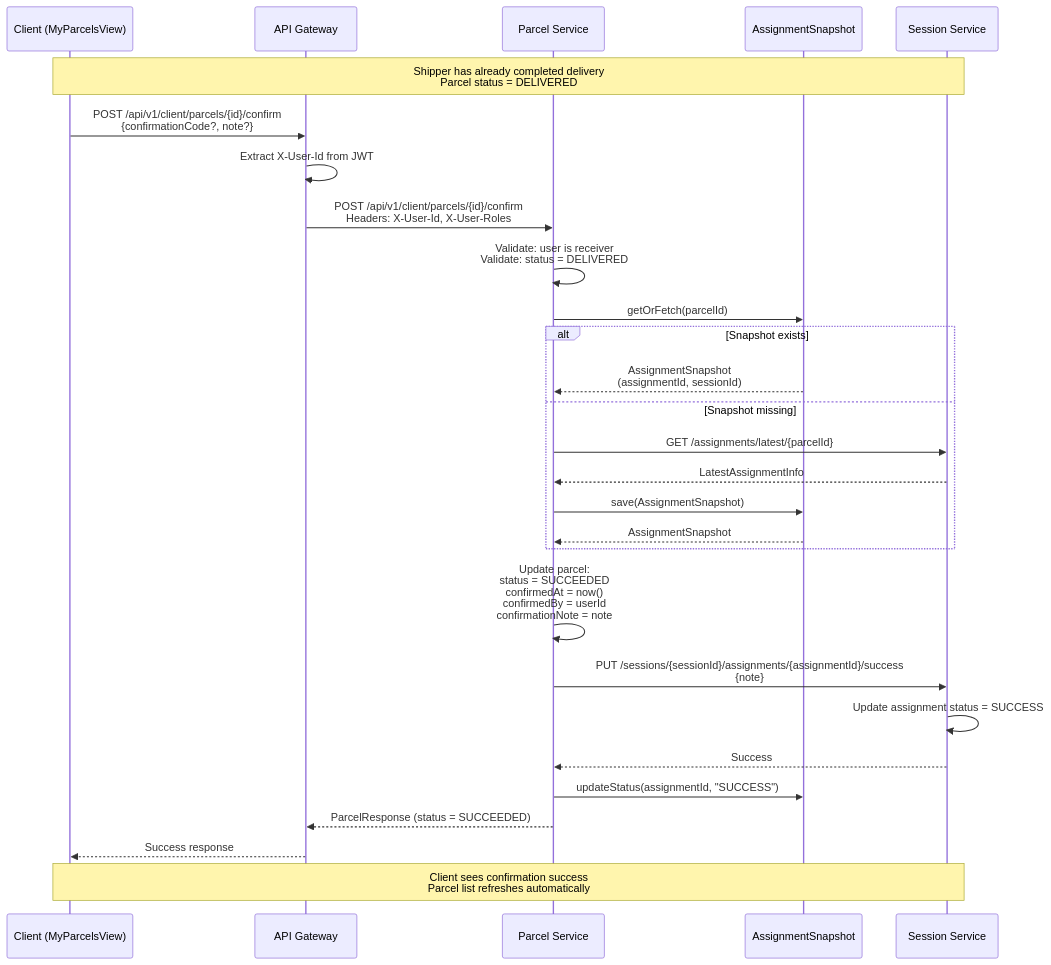
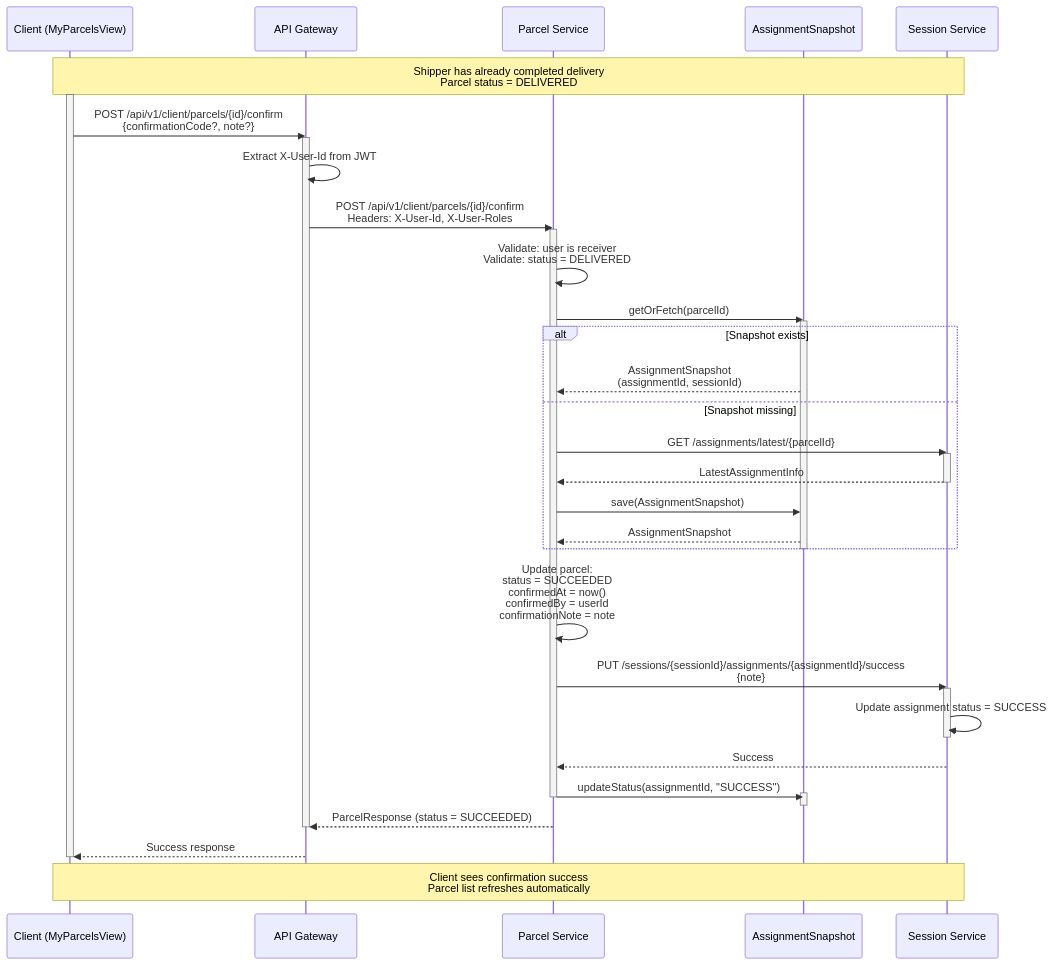
Before and after one commit to hungdev11/Delivery-Coodinating-System-And-Delivery-App: the second of 2 diagrams in reports/features/client/confirm-delivery.md, drawn with Mermaid. The commit also changed 11 other files, not shown here.

Commit message:
add processing bar for sequence diagram

````diff
--- a/reports/features/client/confirm-delivery.md
+++ b/reports/features/client/confirm-delivery.md
@@ -34,39 +34,51 @@
 ```mermaid
 sequenceDiagram
     participant Client as Client (MyParcelsView)
     participant Gateway as API Gateway
     participant ParcelSvc as Parcel Service
     participant Snapshot as AssignmentSnapshot
     participant SessionSvc as Session Service
     
     Note over Client,SessionSvc: Shipper has already completed delivery<br/>Parcel status = DELIVERED
     
+    activate Client
     Client->>Gateway: POST /api/v1/client/parcels/{id}/confirm<br/>{confirmationCode?, note?}
+    activate Gateway
     Gateway->>Gateway: Extract X-User-Id from JWT
     Gateway->>ParcelSvc: POST /api/v1/client/parcels/{id}/confirm<br/>Headers: X-User-Id, X-User-Roles
-    
+    activate ParcelSvc
     ParcelSvc->>ParcelSvc: Validate: user is receiver<br/>Validate: status = DELIVERED
     
     ParcelSvc->>Snapshot: getOrFetch(parcelId)
+    activate Snapshot
     alt Snapshot exists
         Snapshot-->>ParcelSvc: AssignmentSnapshot<br/>(assignmentId, sessionId)
     else Snapshot missing
         ParcelSvc->>SessionSvc: GET /assignments/latest/{parcelId}
+        activate SessionSvc
         SessionSvc-->>ParcelSvc: LatestAssignmentInfo
+        deactivate SessionSvc
         ParcelSvc->>Snapshot: save(AssignmentSnapshot)
         Snapshot-->>ParcelSvc: AssignmentSnapshot
     end
+    deactivate Snapshot
     
     ParcelSvc->>ParcelSvc: Update parcel:<br/>status = SUCCEEDED<br/>confirmedAt = now()<br/>confirmedBy = userId<br/>confirmationNote = note
     
     ParcelSvc->>SessionSvc: PUT /sessions/{sessionId}/assignments/{assignmentId}/success<br/>{note}
+    activate SessionSvc
     SessionSvc->>SessionSvc: Update assignment status = SUCCESS
+    deactivate SessionSvc
     SessionSvc-->>ParcelSvc: Success
     
     ParcelSvc->>Snapshot: updateStatus(assignmentId, "SUCCESS")
-    
+    activate Snapshot
+    deactivate Snapshot
+    deactivate ParcelSvc
     ParcelSvc-->>Gateway: ParcelResponse (status = SUCCEEDED)
+    deactivate Gateway
     Gateway-->>Client: Success response
+    deactivate Client
     
     Note over Client,SessionSvc: Client sees confirmation success<br/>Parcel list refreshes automatically
 ```
````
